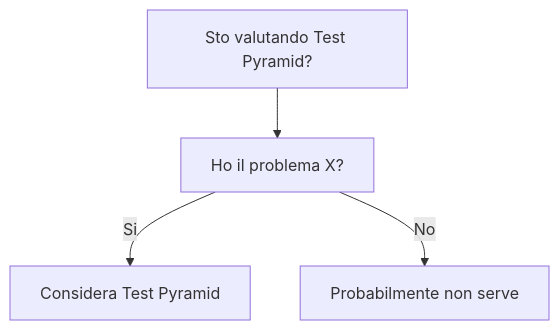
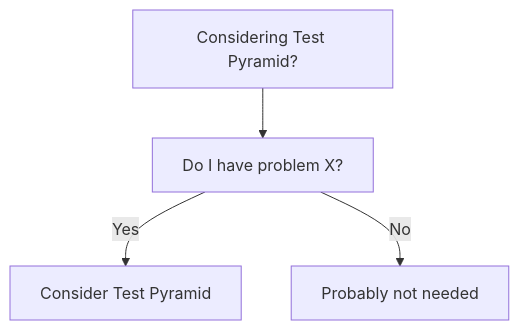
The diagram in dev-wiki/09_Testing/Test_Pyramid/When_To_Use.md (HxT9/Software-Dev-Wiki), drawn with Mermaid before and after one commit. The commit also changed other lines of this file and 3444 other files, not shown here.

````diff
--- a/dev-wiki/09_Testing/Test_Pyramid/When_To_Use.md
+++ b/dev-wiki/09_Testing/Test_Pyramid/When_To_Use.md
@@ -19,6 +19,6 @@
 ```mermaid
 flowchart TD
-  Q[Sto valutando Test Pyramid?] --> Q1[Ho il problema X?]
-  Q1 -->|Si| OK[Considera Test Pyramid]
-  Q1 -->|No| NO[Probabilmente non serve]
+  Q[Considering Test Pyramid?] --> Q1[Do I have problem X?]
+  Q1 -->|Yes| OK[Consider Test Pyramid]
+  Q1 -->|No| NO[Probably not needed]
 ```
````
